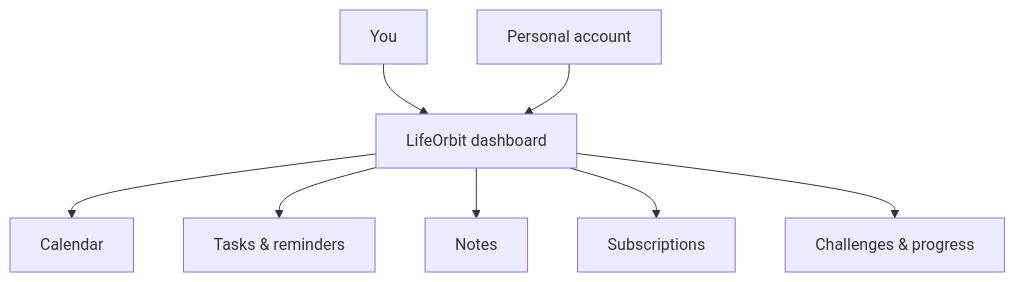
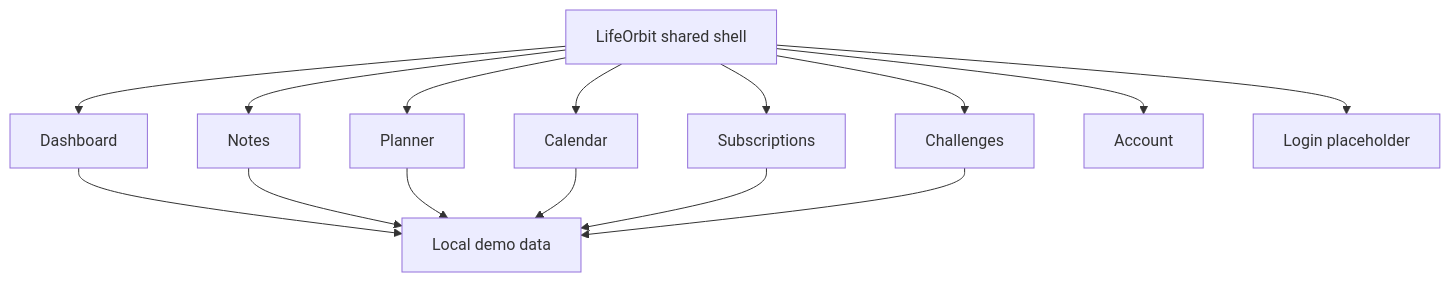
Before and after one commit to KibouAkari/LifeOrbit: the diagram in README.md, drawn with Mermaid. The commit also changed other lines of this file and 16 other files, not shown here.

Commit message:
feat: build shared LifeOrbit demo shell and modular pages

````diff
--- a/README.md
+++ b/README.md
@@ -34,10 +57,17 @@
 ```mermaid
-flowchart TB
-  U[You] --> D[LifeOrbit dashboard]
-  D --> C[Calendar]
-  D --> T[Tasks & reminders]
-  D --> N[Notes]
-  D --> S[Subscriptions]
-  D --> G[Challenges & progress]
-  A[Personal account] --> D
+flowchart TD
+  App[LifeOrbit shared shell] --> Dashboard
+  App --> Notes
+  App --> Planner
+  App --> Calendar
+  App --> Subscriptions
+  App --> Challenges
+  App --> Account
+  App --> Login[Login placeholder]
+  Dashboard --> Data[Local demo data]
+  Notes --> Data
+  Planner --> Data
+  Calendar --> Data
+  Subscriptions --> Data
+  Challenges --> Data
 ```
````
